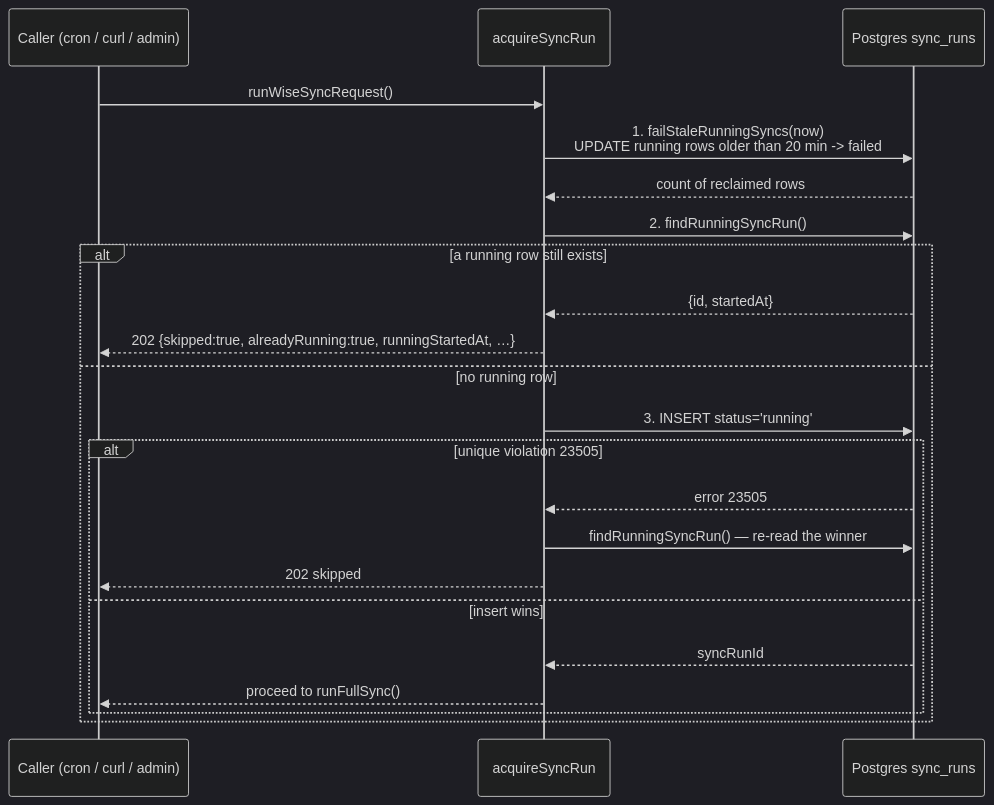
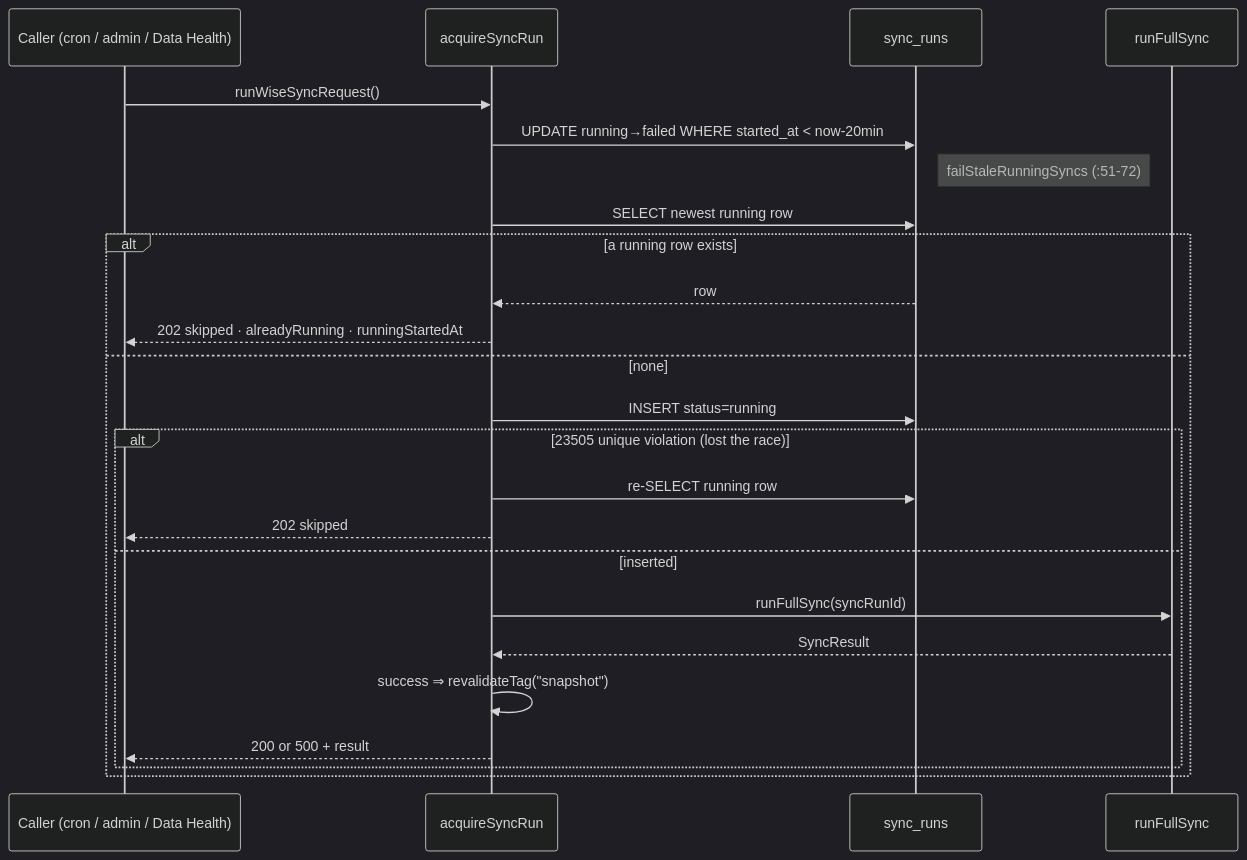
Before and after one commit to kasheesh711/bgscheduler: the second of 4 diagrams in docs/operations/runbook.md, drawn with Mermaid (dark theme). The commit also changed other lines of this file and 95 other files, not shown here.

````diff
--- a/docs/operations/runbook.md
+++ b/docs/operations/runbook.md
@@ -582,24 +505,27 @@
 ```mermaid
 sequenceDiagram
-  participant C as Caller (cron / curl / admin)
+  participant C as Caller (cron / admin / Data Health)
   participant G as acquireSyncRun
-  participant DB as Postgres sync_runs
+  participant DB as sync_runs
+  participant F as runFullSync
+
   C->>G: runWiseSyncRequest()
-  G->>DB: 1. failStaleRunningSyncs(now)<br/>UPDATE running rows older than 20 min -> failed
-  DB-->>G: count of reclaimed rows
-  G->>DB: 2. findRunningSyncRun()
-  alt a running row still exists
-    DB-->>G: {id, startedAt}
-    G-->>C: 202 {skipped:true, alreadyRunning:true, runningStartedAt, …}
-  else no running row
-    G->>DB: 3. INSERT status='running'
-    alt unique violation 23505
-      DB-->>G: error 23505
-      G->>DB: findRunningSyncRun() — re-read the winner
+  G->>DB: UPDATE running→failed WHERE started_at < now-20min
+  Note right of DB: failStaleRunningSyncs (:51-72)
+  G->>DB: SELECT newest running row
+  alt a running row exists
+    DB-->>G: row
+    G-->>C: 202 skipped · alreadyRunning · runningStartedAt
+  else none
+    G->>DB: INSERT status=running
+    alt 23505 unique violation (lost the race)
+      G->>DB: re-SELECT running row
       G-->>C: 202 skipped
-    else insert wins
-      DB-->>G: syncRunId
-      G-->>C: proceed to runFullSync()
+    else inserted
+      G->>F: runFullSync(syncRunId)
+      F-->>G: SyncResult
+      G->>G: success ⇒ revalidateTag("snapshot")
+      G-->>C: 200 or 500 + result
     end
   end
 ```
````
